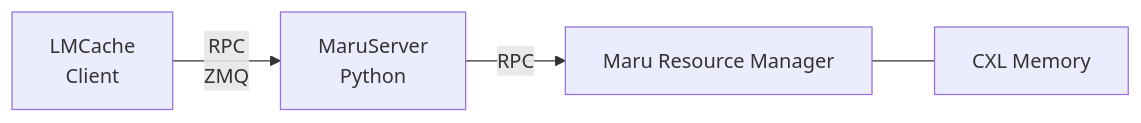
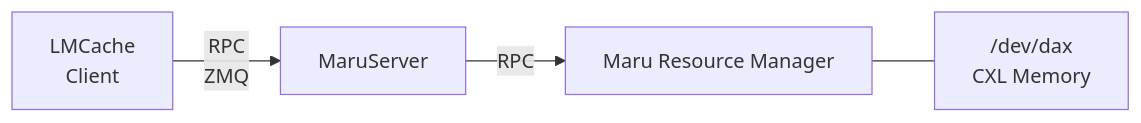
The first of 7 diagrams in docs/source/design_doc/maru_fs.md (xcena-dev/maru), drawn with Mermaid before and after one commit. The commit also changed other lines of this file, not shown here.

````diff
--- a/docs/source/design_doc/maru_fs.md
+++ b/docs/source/design_doc/maru_fs.md
@@ -11,6 +11,6 @@
 ```mermaid
 graph LR
-    A[LMCache<br/>Client] -->|RPC<br/>ZMQ| B[MaruServer<br/>Python]
+    A[LMCache<br/>Client] -->|RPC<br/>ZMQ| B[MaruServer]
     B -->|RPC| C[Maru Resource Manager]
-    C --- D[CXL Memory]
+    C --- D["/dev/dax<br/>CXL Memory"]
 ```
````
